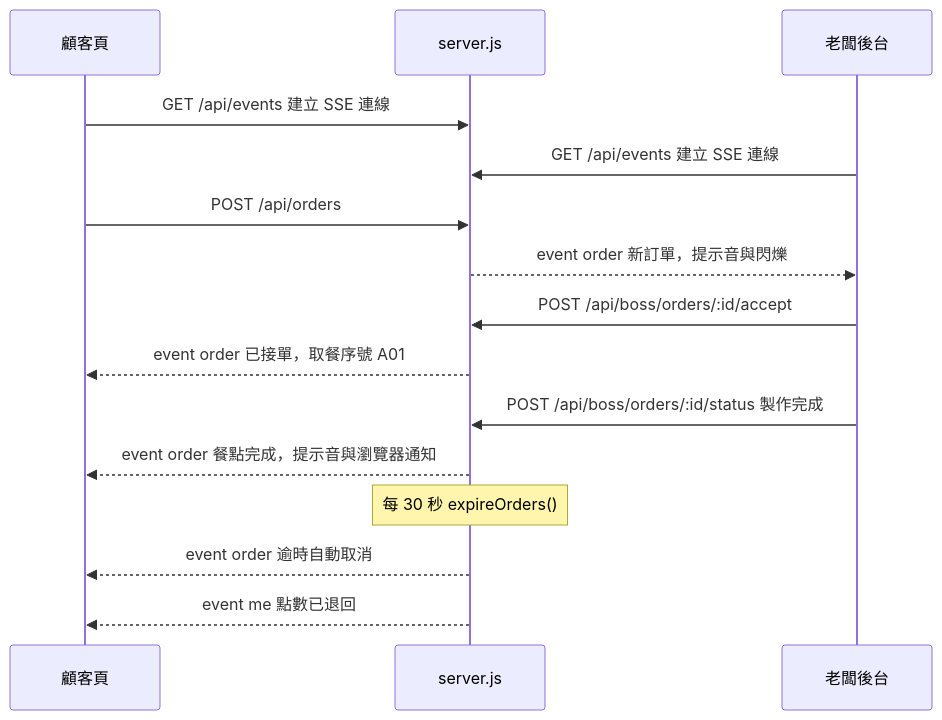
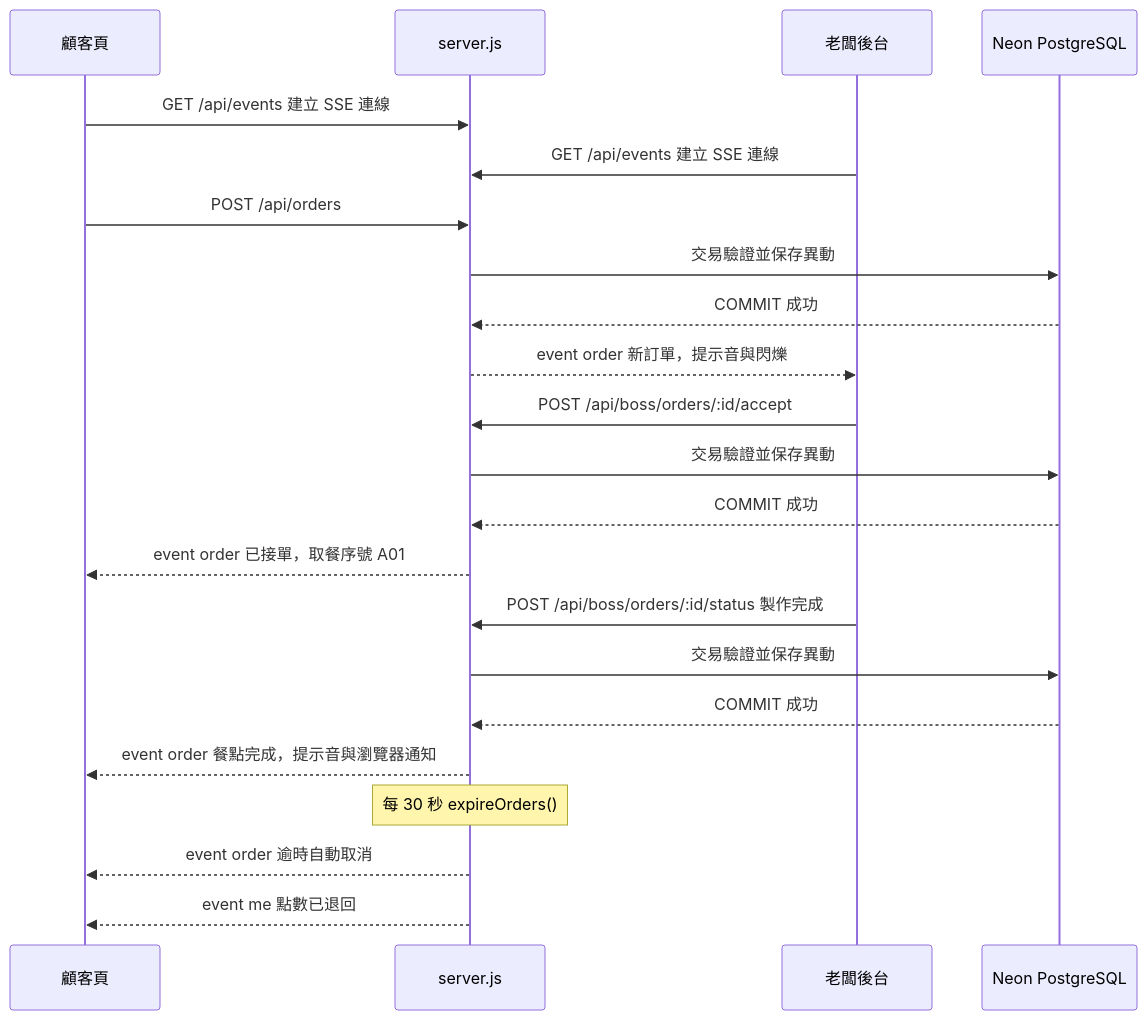
The fifth of 8 diagrams in docs/SDD.md (AlvinHii/breakfast-ordering-system), drawn with Mermaid before and after one commit. The commit also changed other lines of this file and 3 other files, not shown here.

First line of the commit message:
整合 PostgreSQL 雲端版內容至 SRD 0.5／SDD 0.4

````diff
--- a/docs/SDD.md
+++ b/docs/SDD.md
@@ -242,17 +209,24 @@
 ```mermaid
 sequenceDiagram
   participant C as 顧客頁
   participant S as server.js
   participant B as 老闆後台
+  participant DB as Neon PostgreSQL
   C->>S: GET /api/events 建立 SSE 連線
   B->>S: GET /api/events 建立 SSE 連線
   C->>S: POST /api/orders
+  S->>DB: 交易驗證並保存異動
+  DB-->>S: COMMIT 成功
   S-->>B: event order 新訂單，提示音與閃爍
   B->>S: POST /api/boss/orders/:id/accept
+  S->>DB: 交易驗證並保存異動
+  DB-->>S: COMMIT 成功
   S-->>C: event order 已接單，取餐序號 A01
   B->>S: POST /api/boss/orders/:id/status 製作完成
+  S->>DB: 交易驗證並保存異動
+  DB-->>S: COMMIT 成功
   S-->>C: event order 餐點完成，提示音與瀏覽器通知
   Note over S: 每 30 秒 expireOrders()
   S-->>C: event order 逾時自動取消
   S-->>C: event me 點數已退回
 ```
````
